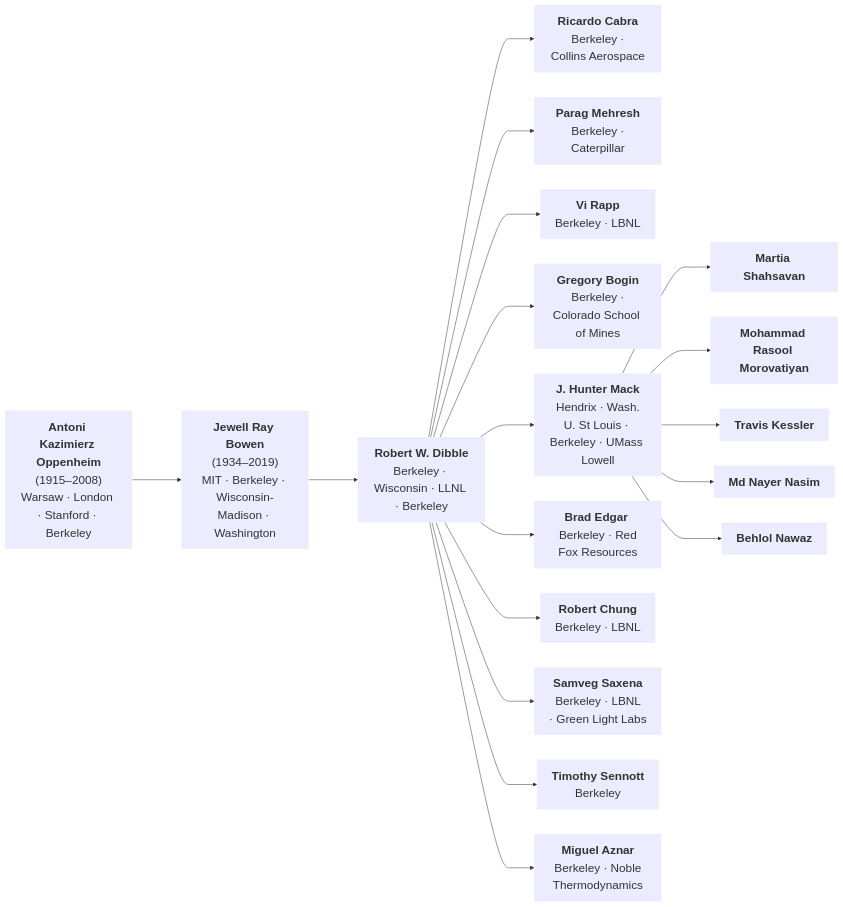
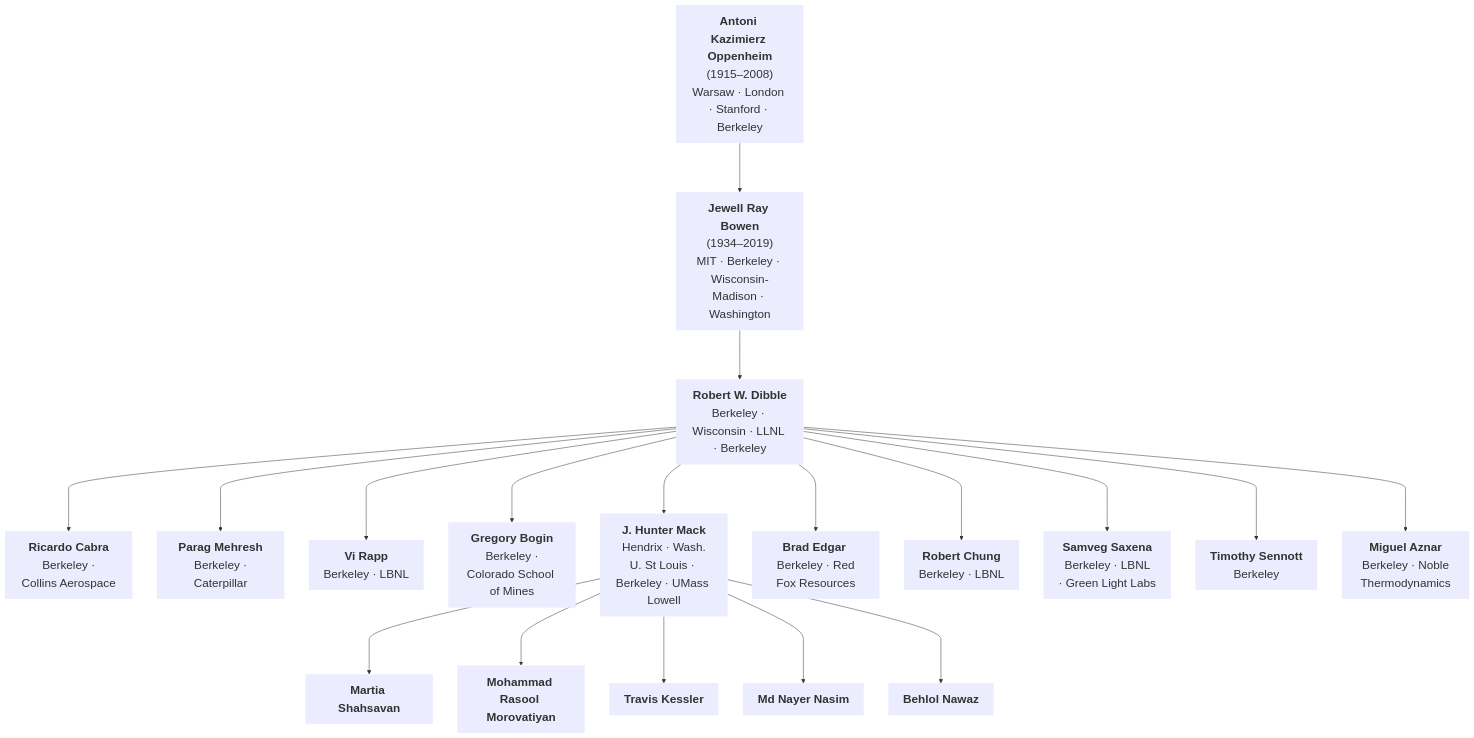
One commit to bnawaz95/ECRL-acad-tree changed the diagram in acad_tree.md. Above: the diagram before and after it, drawn with Mermaid.

````diff
--- a/acad_tree.md
+++ b/acad_tree.md
@@ -1,48 +1,48 @@
 ```mermaid
-graph LR
+graph TD
     A["<b>Antoni Kazimierz Oppenheim</b><br/>(1915–2008)<br/>Warsaw · London · Stanford · Berkeley"]
 
     B["<b>Jewell Ray Bowen</b><br/>(1934–2019)<br/>MIT · Berkeley · Wisconsin-Madison · Washington"]
 
     C["<b>Robert W. Dibble</b><br/>Berkeley · Wisconsin · LLNL · Berkeley"]
 
     D1["<b>Ricardo Cabra</b><br/> Berkeley · Collins Aerospace"]
     D2["<b>Parag Mehresh</b><br/> Berkeley · Caterpillar"]
     D3["<b>Vi Rapp</b><br/> Berkeley · LBNL"]
     D4["<b>Gregory Bogin</b><br/> Berkeley · Colorado School of Mines"]
     D0["<b>J. Hunter Mack</b><br/> Hendrix · Wash. U. St Louis · Berkeley · UMass Lowell"]
     D5["<b>Brad Edgar </b><br/> Berkeley · Red Fox Resources"]
     D6["<b>Robert Chung</b><br/> Berkeley · LBNL"]
     D7["<b>Samveg Saxena</b><br/> Berkeley · LBNL · Green Light Labs"]
     D8["<b>Timothy Sennott</b><br/> Berkeley"]
     D9["<b>Miguel Aznar</b><br/> Berkeley · Noble Thermodynamics"]
 
     E["<b>Martia Shahsavan</b>"]
     F["<b>Mohammad Rasool Morovatiyan</b>"]
     G["<b>Travis Kessler</b>"]
     H["<b>Md Nayer Nasim</b>"]
     I["<b>Behlol Nawaz</b>"]
 
     A ---> B
     B ---> C
 
     C ---> D0
     C ---> D1
     C ---> D2
     C ---> D3
     C ---> D4
     C ---> D5
     C ---> D6
     C ---> D7
     C ---> D8
     C ---> D9
 
     D0 ---> E
     D0 ---> F
     D0 ---> G
     D0 ---> H
     D0 ---> I
 
 classDef noBorder stroke:none,stroke-width:0px,fill:#None,font-size:24px;
 class A,B,C,D0,D1,D2,D3,D4,D5,D6,D6,D7,D8,D9,E,F,G,H,I, noBorder
 ```
````
